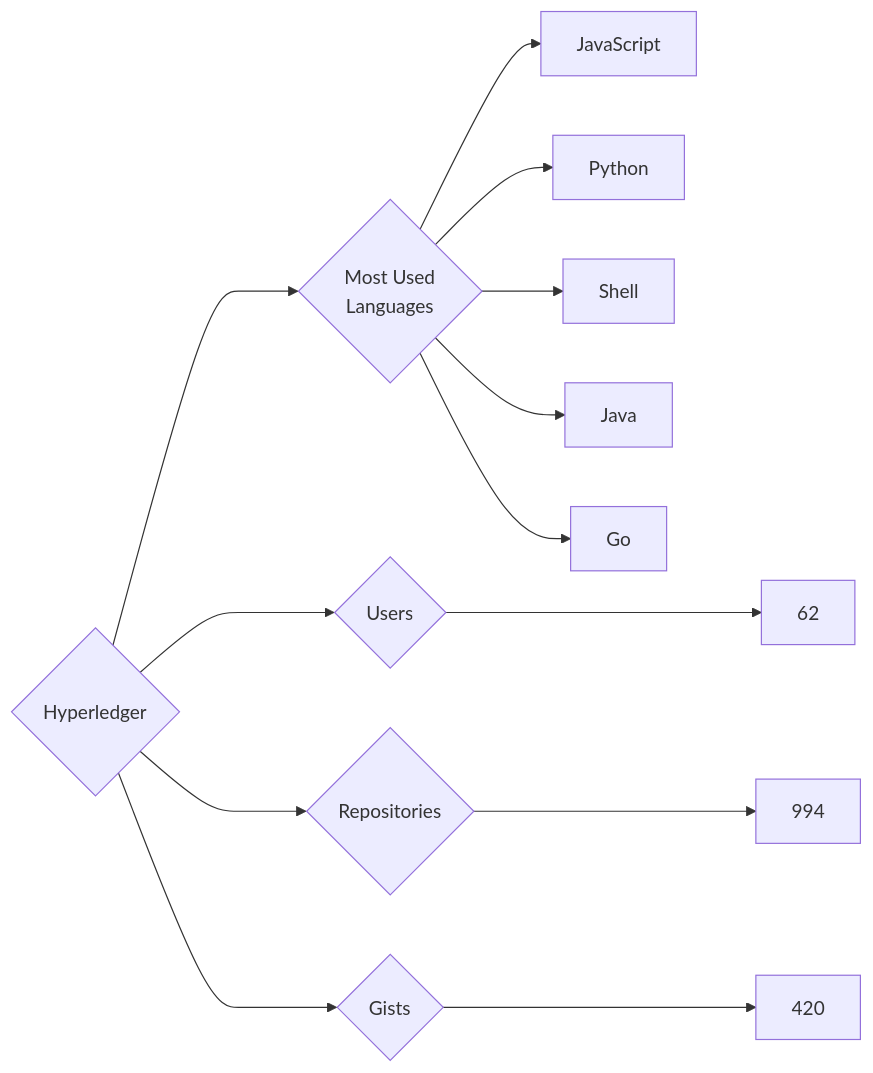
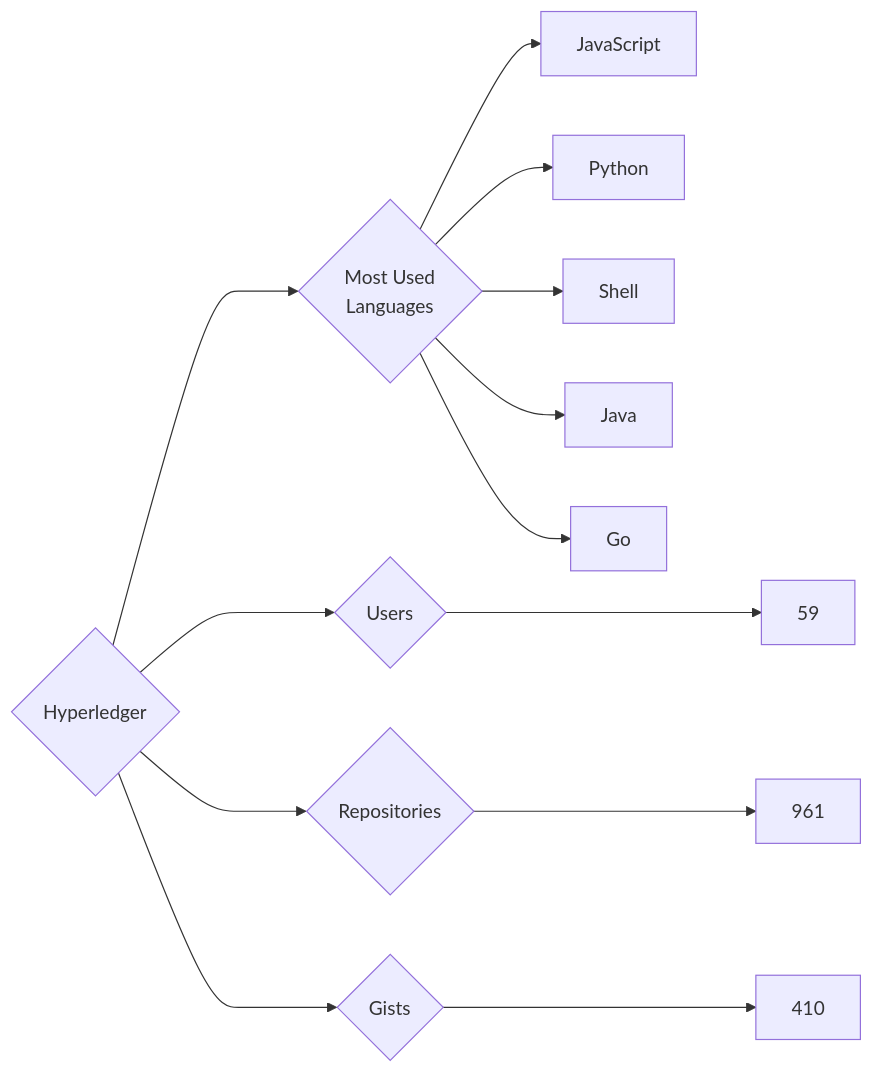
One commit to trickest/insiders changed the diagram in targets/Hyperledger/README.md. Above: the diagram before and after it, drawn with Mermaid. The commit also changed 870 other files, not shown here.

````diff
--- a/targets/Hyperledger/README.md
+++ b/targets/Hyperledger/README.md
@@ -3,13 +3,13 @@
 ```mermaid
 graph LR
 COMPANY_NAME{Hyperledger}
-COMPANY_NAME ---> U{Users} ---> UN[62]
-COMPANY_NAME ---> R{Repositories} ---> RN[994]
-COMPANY_NAME ---> G{Gists} ---> GN[420]
+COMPANY_NAME ---> U{Users} ---> UN[59]
+COMPANY_NAME ---> R{Repositories} ---> RN[961]
+COMPANY_NAME ---> G{Gists} ---> GN[410]
 COMPANY_NAME ---> ML{Most Used<br>Languages}
 ML --> JavaScript[JavaScript]
 ML --> Python[Python]
 ML --> Shell[Shell]
 ML --> Java[Java]
 ML --> Go[Go]
 ```
````
